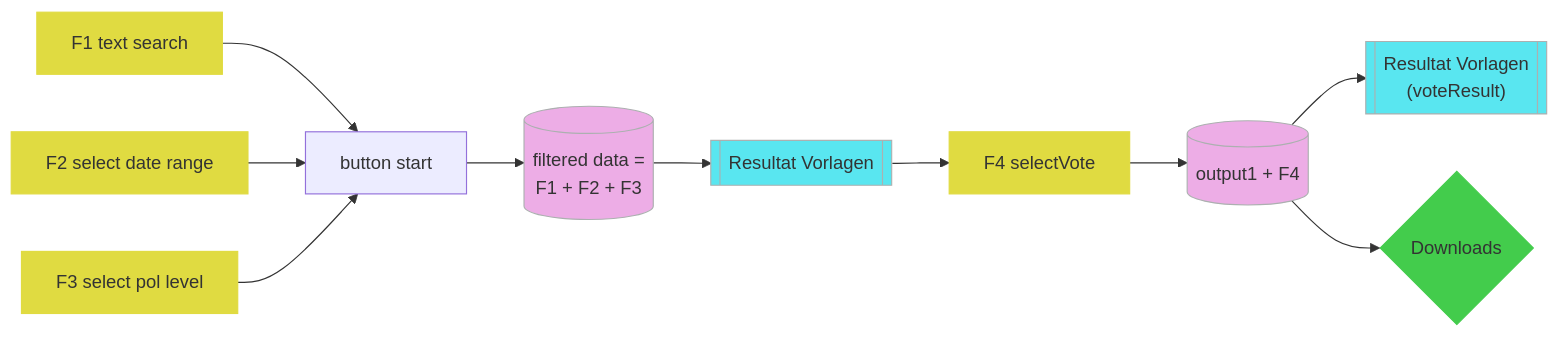
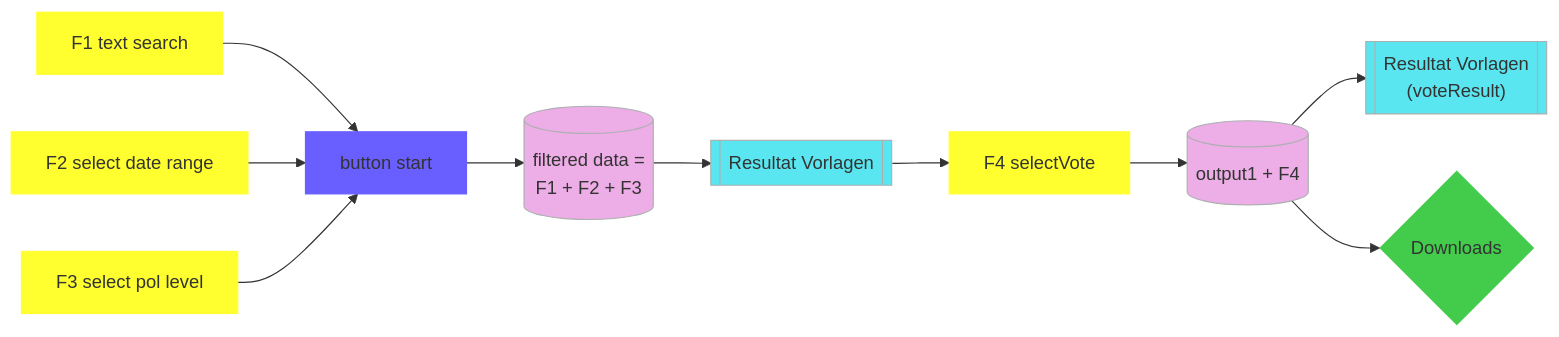
Before and after one commit to StatistikStadtZuerich/ABDA: the diagram in README.md, drawn with Mermaid.

Commit message:
Update README.md
update colors

````diff
--- a/README.md
+++ b/README.md
@@ -6,17 +6,18 @@
 ```mermaid
 flowchart LR;
-  f1[F1 text search]:::filter --> button[button start]
+  f1[F1 text search]:::filter --> button[button start]:::button
   f2[F2 select date range]:::filter --> button
   f3[F3 select pol level]:::filter --> button
   button --> output1[(filtered data = \nF1 + F2 + F3)]:::data
   output1 --> results1[[Resultat Vorlagen]]:::result
   results1 --> f4[F4 selectVote]:::filter
   f4 --> output2[(output1 + F4)]:::data
   output2 --> results2[["Resultat Vorlagen \n(voteResult)"]]:::result
   output2 --> downloads{Downloads}:::download
   
-  classDef filter fill:#e0db41,stroke:#e0db41;
+  classDef filter fill:#ffff2f,stroke:#ffff2f;
+  classDef button fill:#695eff,stroke:#695eff;
   classDef data fill:#edade6,stroke:#acb0b0;
   classDef result fill:#59e6f0,stroke:#acb0b0;
   classDef download fill:#43cc4c,stroke:#43cc4c;
 ```
````
